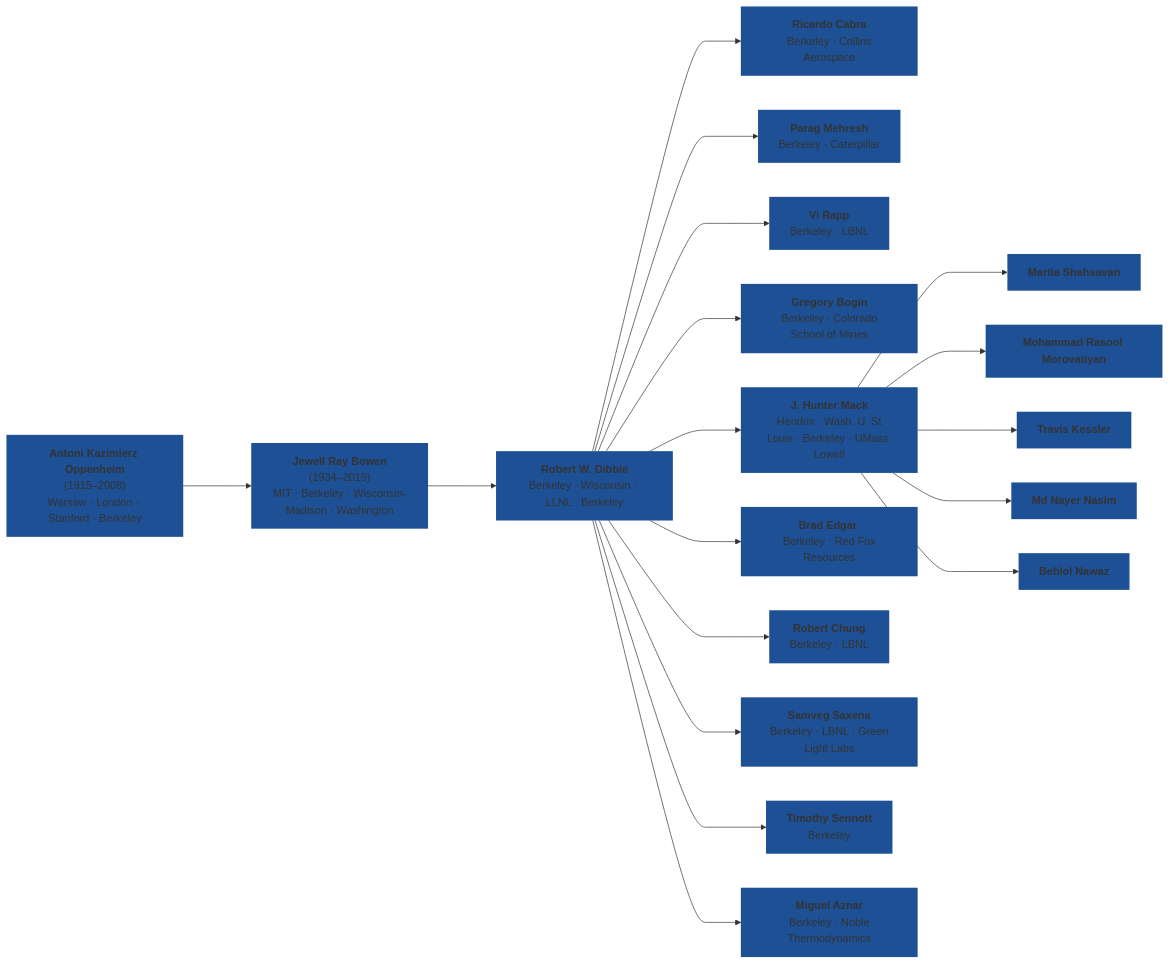
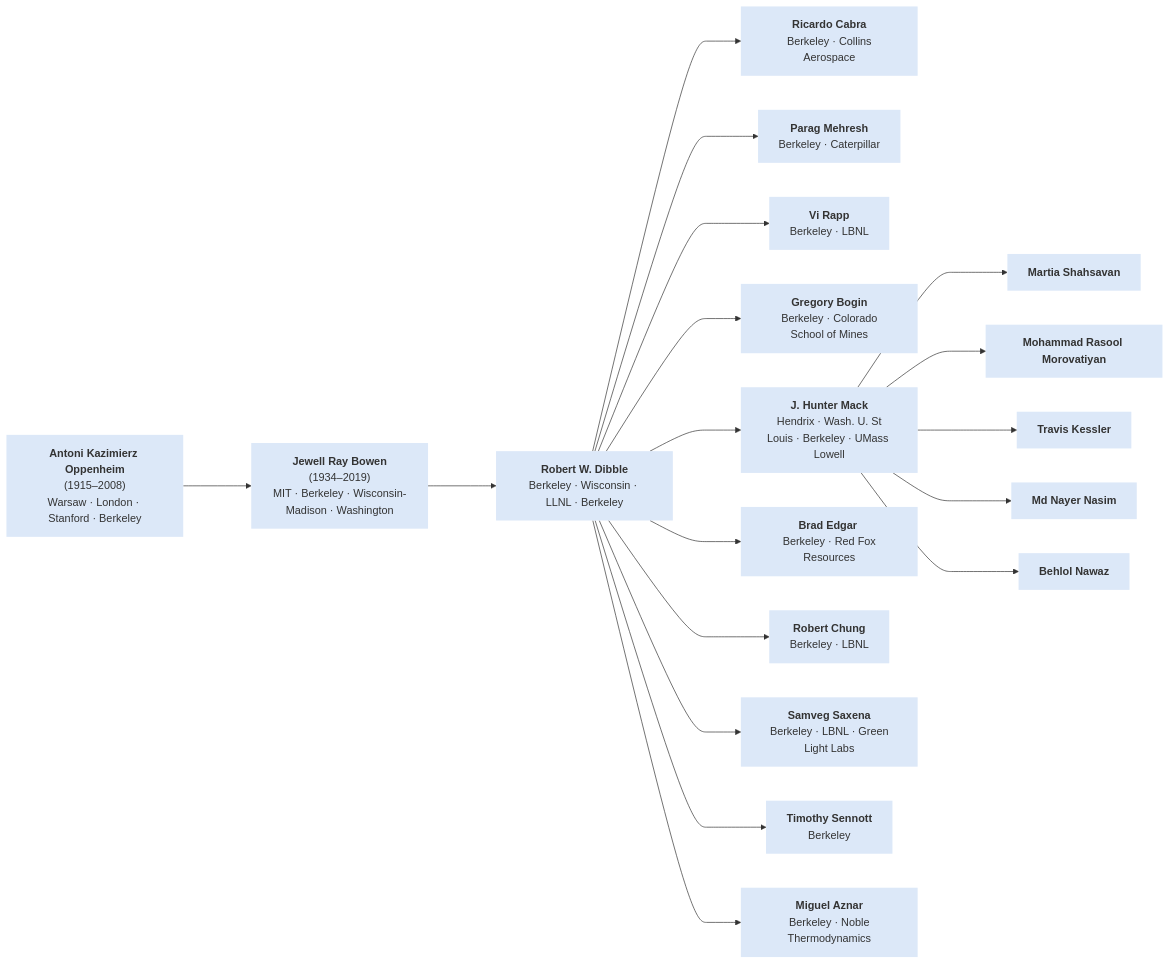
The diagram in acad_tree.md (bnawaz95/ECRL-acad-tree), drawn with Mermaid before and after one commit.

````diff
--- a/acad_tree.md
+++ b/acad_tree.md
@@ -1,48 +1,48 @@
 ```mermaid
 graph LR
     A["<b>Antoni Kazimierz Oppenheim</b><br/>(1915–2008)<br/>Warsaw · London · Stanford · Berkeley"]
 
     B["<b>Jewell Ray Bowen</b><br/>(1934–2019)<br/>MIT · Berkeley · Wisconsin-Madison · Washington"]
 
     C["<b>Robert W. Dibble</b><br/>Berkeley · Wisconsin · LLNL · Berkeley"]
 
     D1["<b>Ricardo Cabra</b><br/> Berkeley · Collins Aerospace"]
     D2["<b>Parag Mehresh</b><br/> Berkeley · Caterpillar"]
     D3["<b>Vi Rapp</b><br/> Berkeley · LBNL"]
     D4["<b>Gregory Bogin</b><br/> Berkeley · Colorado School of Mines"]
     D0["<b>J. Hunter Mack</b><br/> Hendrix · Wash. U. St Louis · Berkeley · UMass Lowell"]
     D5["<b>Brad Edgar </b><br/> Berkeley · Red Fox Resources"]
     D6["<b>Robert Chung</b><br/> Berkeley · LBNL"]
     D7["<b>Samveg Saxena</b><br/> Berkeley · LBNL · Green Light Labs"]
     D8["<b>Timothy Sennott</b><br/> Berkeley"]
     D9["<b>Miguel Aznar</b><br/> Berkeley · Noble Thermodynamics"]
 
     E["<b>Martia Shahsavan</b>"]
     F["<b>Mohammad Rasool Morovatiyan</b>"]
     G["<b>Travis Kessler</b>"]
     H["<b>Md Nayer Nasim</b>"]
     I["<b>Behlol Nawaz</b>"]
 
     A ---> B
     B ---> C
 
     C ---> D0
     C ---> D1
     C ---> D2
     C ---> D3
     C ---> D4
     C ---> D5
     C ---> D6
     C ---> D7
     C ---> D8
     C ---> D9
 
     D0 ---> E
     D0 ---> F
     D0 ---> G
     D0 ---> H
     D0 ---> I
 
-classDef noBorder stroke:none,stroke-width:0px,fill:#1e5096;
+classDef noBorder stroke:none,stroke-width:0px,fill:#dce8f8;
 class A,B,C,D0,D1,D2,D3,D4,D5,D6,D6,D7,D8,D9,E,F,G,H,I, noBorder
 ```
````
